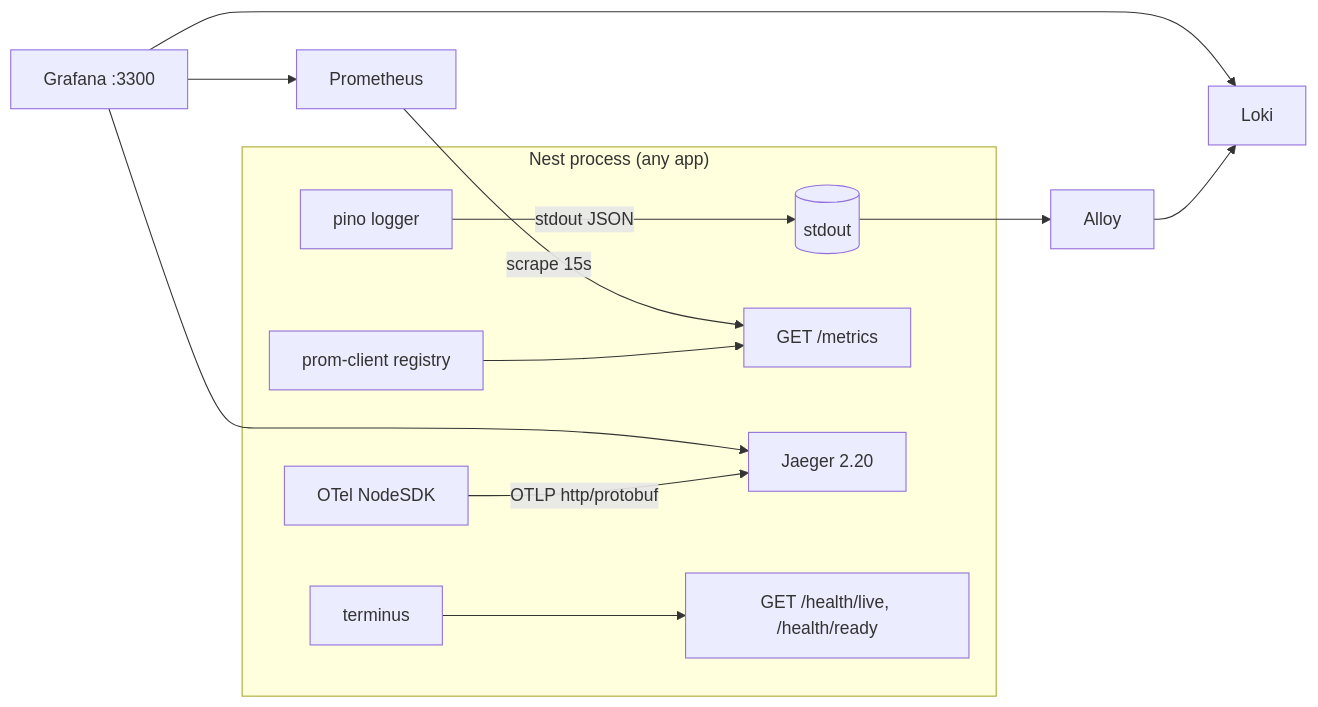
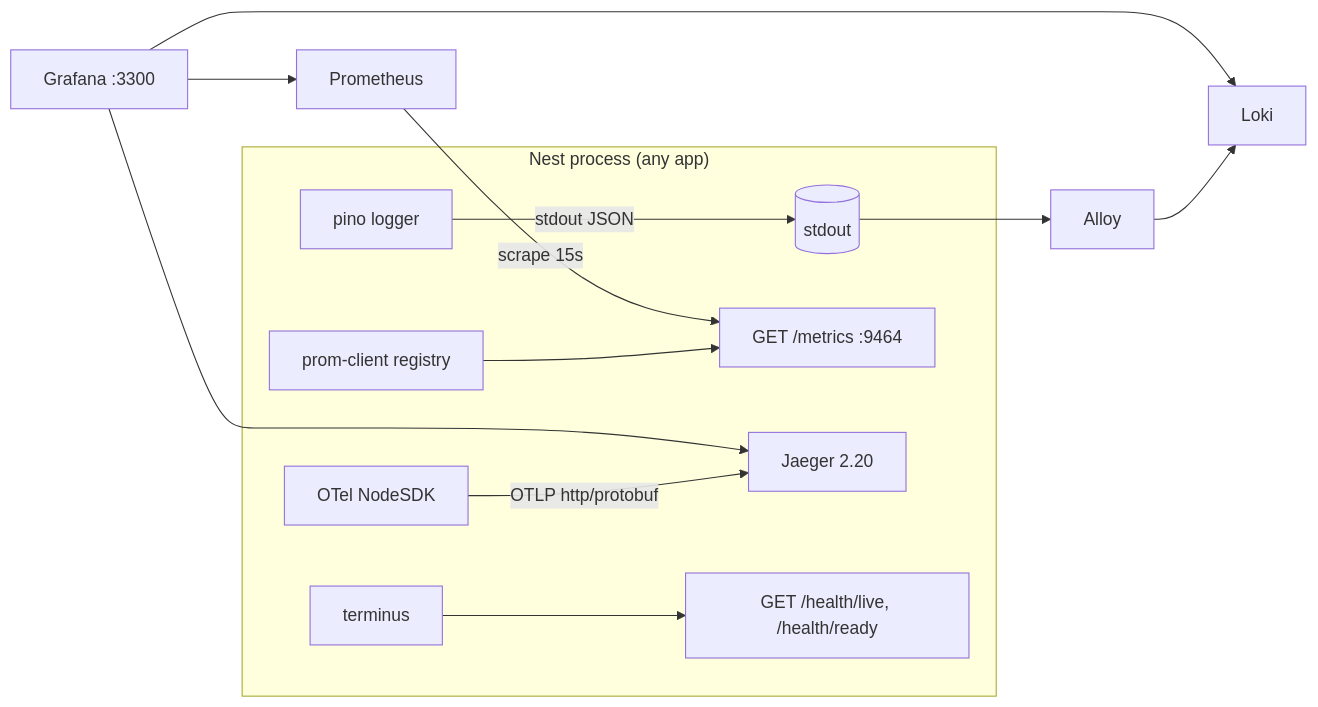
Before and after one commit to alonecandies/nestjs-boilerplate: the diagram in docs/OBSERVABILITY.md, drawn with Mermaid. The commit also changed other lines of this file and 52 other files, not shown here.

````diff
--- a/docs/OBSERVABILITY.md
+++ b/docs/OBSERVABILITY.md
@@ -19,13 +19,13 @@
 ```mermaid
 flowchart LR
   subgraph app["Nest process (any app)"]
     P[pino logger] -->|stdout JSON| OUT[(stdout)]
-    M[prom-client registry] --> ME["GET /metrics"]
+    M[prom-client registry] --> ME["GET /metrics :9464"]
     T[OTel NodeSDK] -->|OTLP http/protobuf| J
     H[terminus] --> HE["GET /health/live, /health/ready"]
   end
   OUT --> A[Alloy] --> L[Loki]
   PR[Prometheus] -->|scrape 15s| ME
   J[Jaeger 2.20]
   G[Grafana :3300] --> PR & L & J
 ```
````
